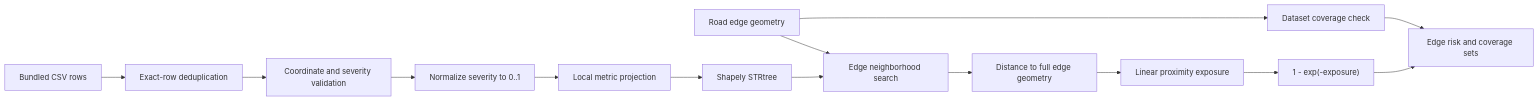
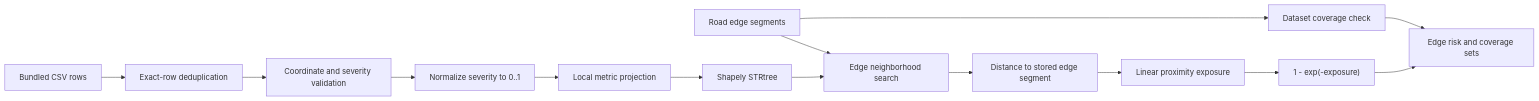
The third of 6 diagrams in docs/ARCHITECTURE.md (K2K22K2K22/SafePath), drawn with Mermaid before and after one commit. The commit also changed other lines of this file and 3 other files, not shown here.

````diff
--- a/docs/ARCHITECTURE.md
+++ b/docs/ARCHITECTURE.md
@@ -146,16 +146,16 @@
 ```mermaid
 flowchart LR
     CSV[Bundled CSV rows] --> Dedup[Exact-row deduplication]
     Dedup --> Valid[Coordinate and severity validation]
     Valid --> Normalize[Normalize severity to 0..1]
     Normalize --> Project[Local metric projection]
     Project --> Tree[Shapely STRtree]
-    Graph[Road edge geometry] --> Search[Edge neighborhood search]
+    Graph[Road edge segments] --> Search[Edge neighborhood search]
     Tree --> Search
-    Search --> Distance[Distance to full edge geometry]
+    Search --> Distance[Distance to stored edge segment]
     Distance --> Exposure[Linear proximity exposure]
     Exposure --> Risk["1 - exp(-exposure)"]
     Graph --> Coverage[Dataset coverage check]
     Coverage --> Result[Edge risk and coverage sets]
     Risk --> Result
 ```
````
